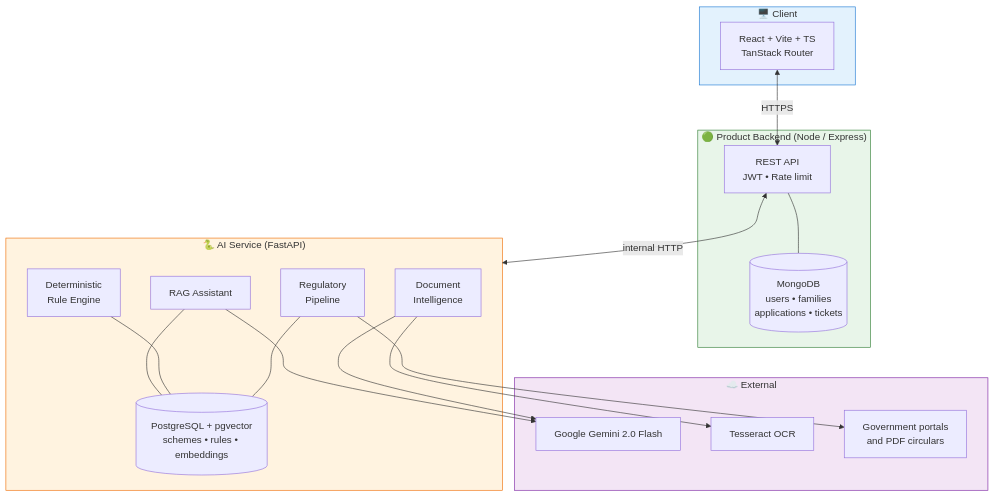
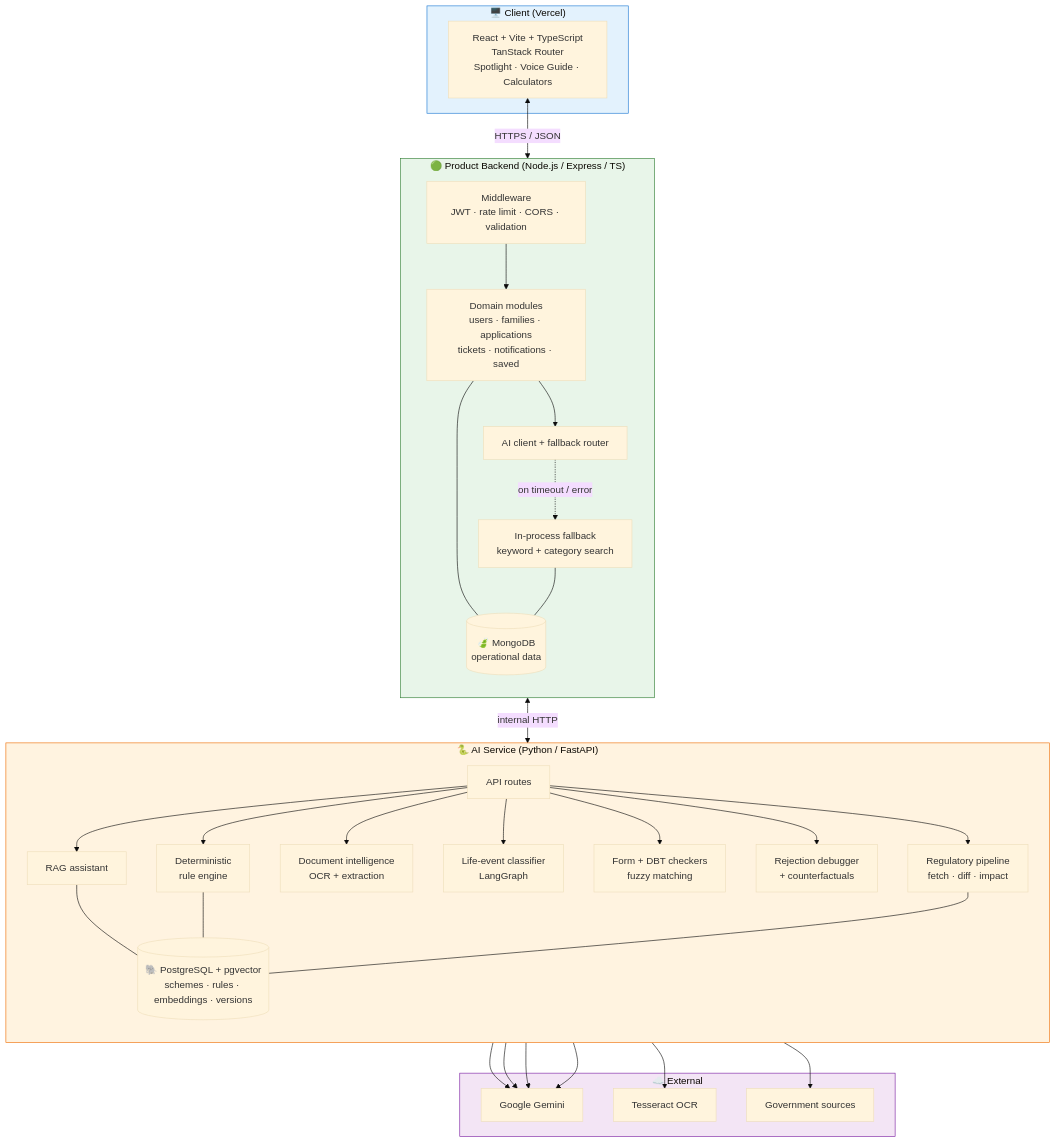
One commit to Akshatsrii/Adhikar changed the fourth of 20 diagrams in README.md. Above: the diagram before and after it, drawn with Mermaid. The commit also changed other lines of this file, not shown here.

````diff
--- a/README.md
+++ b/README.md
@@ -320,41 +366,58 @@
 ```mermaid
+%%{init: {'theme':'base','themeVariables':{'fontFamily':'Segoe UI, Arial'}}}%%
 flowchart TB
-    subgraph CLIENT["🖥️ Client"]
-        FE["React + Vite + TS<br/>TanStack Router"]
+    subgraph CLIENT["🖥️ Client (Vercel)"]
+        FE["React + Vite + TypeScript<br/>TanStack Router<br/>Spotlight · Voice Guide · Calculators"]
     end
 
-    subgraph PRODUCT["🟢 Product Backend (Node / Express)"]
-        API["REST API<br/>JWT • Rate limit"]
-        MDB[("MongoDB<br/>users • families<br/>applications • tickets")]
-        API --- MDB
+    subgraph PRODUCT["🟢 Product Backend (Node.js / Express / TS)"]
+        direction TB
+        MW["Middleware<br/>JWT · rate limit · CORS · validation"]
+        DOM["Domain modules<br/>users · families · applications<br/>tickets · notifications · saved"]
+        AIC["AI client + fallback router"]
+        FB["In-process fallback<br/>keyword + category search"]
+        MW --> DOM
+        DOM --> AIC
+        AIC -.->|"on timeout / error"| FB
+        MDB[("🍃 MongoDB<br/>operational data")]
+        DOM --- MDB
+        FB --- MDB
     end
 
-    subgraph AISVC["🐍 AI Service (FastAPI)"]
-        RAG["RAG Assistant"]
-        ENG["Deterministic<br/>Rule Engine"]
-        OCRM["Document<br/>Intelligence"]
-        REG["Regulatory<br/>Pipeline"]
-        PGV[("PostgreSQL + pgvector<br/>schemes • rules • embeddings")]
+    subgraph AISVC["🐍 AI Service (Python / FastAPI)"]
+        direction TB
+        ROUTES["API routes"]
+        RAG["RAG assistant"]
+        ENG["Deterministic<br/>rule engine"]
+        OCRM["Document intelligence<br/>OCR + extraction"]
+        LIFE["Life-event classifier<br/>LangGraph"]
+        CHK["Form + DBT checkers<br/>fuzzy matching"]
+        DBG["Rejection debugger<br/>+ counterfactuals"]
+        REG["Regulatory pipeline<br/>fetch · diff · impact"]
+        PGV[("🐘 PostgreSQL + pgvector<br/>schemes · rules · embeddings · versions")]
+        ROUTES --> RAG & ENG & OCRM & LIFE & CHK & DBG & REG
         RAG --- PGV
         ENG --- PGV
         REG --- PGV
     end
 
     subgraph EXT["☁️ External"]
-        GEM["Google Gemini 2.0 Flash"]
+        GEM["Google Gemini"]
         TES["Tesseract OCR"]
-        GOV["Government portals<br/>and PDF circulars"]
+        GOV["Government sources"]
     end
 
-    FE <-->|"HTTPS"| API
-    API <-->|"internal HTTP"| AISVC
+    FE <-->|"HTTPS / JSON"| MW
+    AIC <-->|"internal HTTP"| ROUTES
     RAG --> GEM
+    LIFE --> GEM
+    DBG --> GEM
     OCRM --> GEM
     OCRM --> TES
     REG --> GOV
 
     style CLIENT fill:#e3f2fd,stroke:#1976d2
     style PRODUCT fill:#e8f5e9,stroke:#2e7d32
     style AISVC fill:#fff3e0,stroke:#ef6c00
     style EXT fill:#f3e5f5,stroke:#7b1fa2
 ```
````
